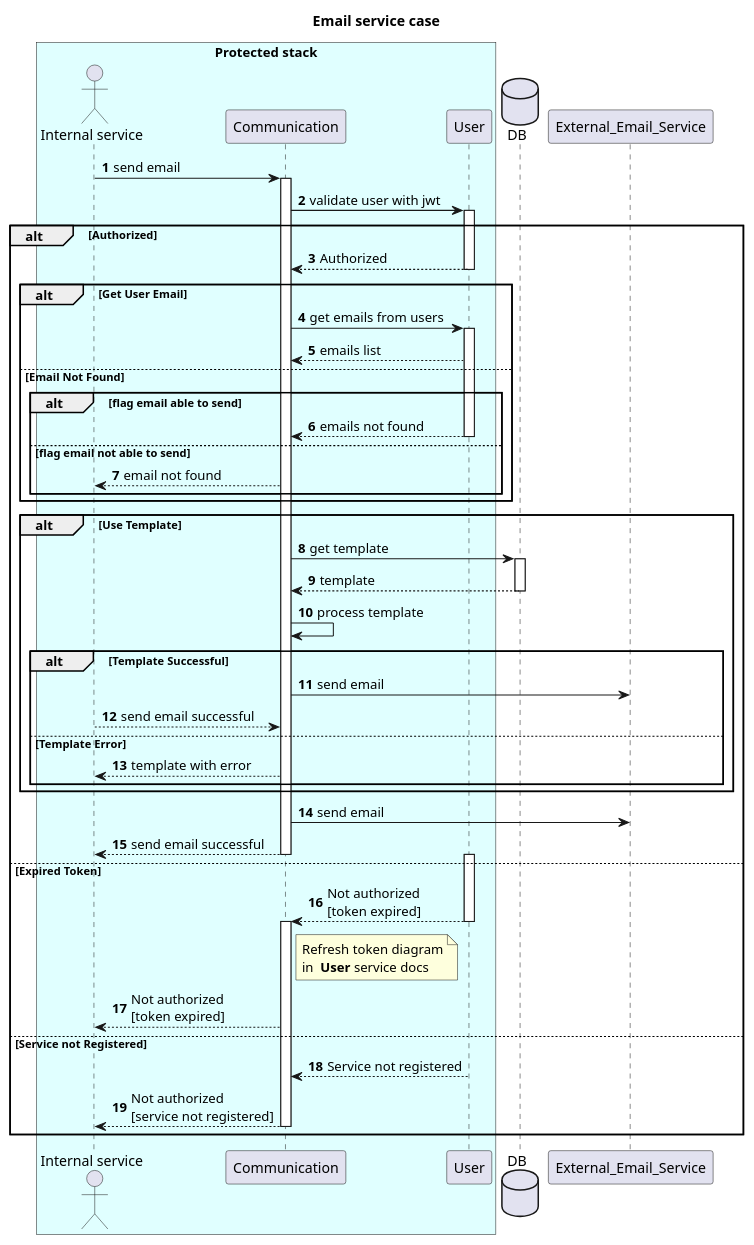
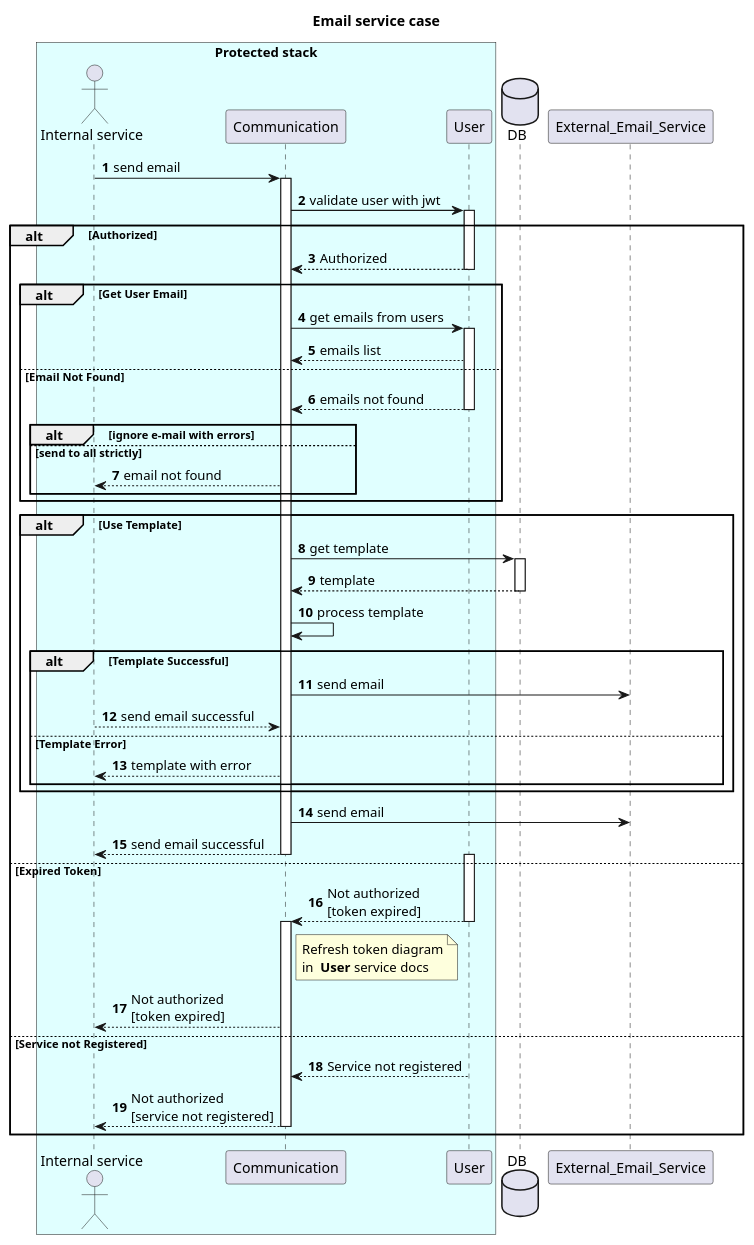
Before and after one commit to orion-services/talk-old: the diagram in docs/create-email.wsd, drawn with PlantUML.

Commit message:
#¨6 move emails not found case to email not found context and change flag name

```diff
--- a/docs/create-email.wsd
+++ b/docs/create-email.wsd
@@ -1,65 +1,65 @@
 @startuml
 autonumber
 title "Email service case"
 
 box "Protected stack" #LightCyan
 
 actor "Internal service" as client
 participant Communication
 participant User
 end box
 database DB
 participant External_Email_Service
 
 
 client -> Communication: send email
 activate Communication
 Communication -> User: validate user with jwt
 activate User
 alt Authorized
   User --> Communication: Authorized
   deactivate User
   alt Get User Email
     Communication -> User: get emails from users
     activate User
     User --> Communication: emails list
   else Email Not Found
-    alt flag email able to send
-      User --> Communication: emails not found
+    User --> Communication: emails not found
+    alt ignore e-mail with errors
       deactivate User
-    else flag email not able to send
+    else send to all strictly
       Communication --> client: email not found
     end
   end
   alt Use Template
        Communication -> DB : get template
       activate DB
       DB --> Communication : template 
       deactivate DB
       Communication -> Communication : process template
     alt Template Successful
       Communication -> External_Email_Service : send email
       Communication <-- client : send email successful
     else Template Error
       Communication --> client : template with error
     end
   end
   Communication -> External_Email_Service : send email
   Communication --> client : send email successful
   deactivate Communication
 else Expired Token
   activate User
   User --> Communication : Not authorized \n[token expired]
   deactivate User
   activate Communication
   note right of Communication
     Refresh token diagram
     in  **User** service docs
   end note
   Communication --> client : Not authorized \n[token expired]
 else Service not Registered
   User --> Communication : Service not registered
   Communication --> client : Not authorized \n[service not registered]
   deactivate Communication
 end
 @enduml
```
